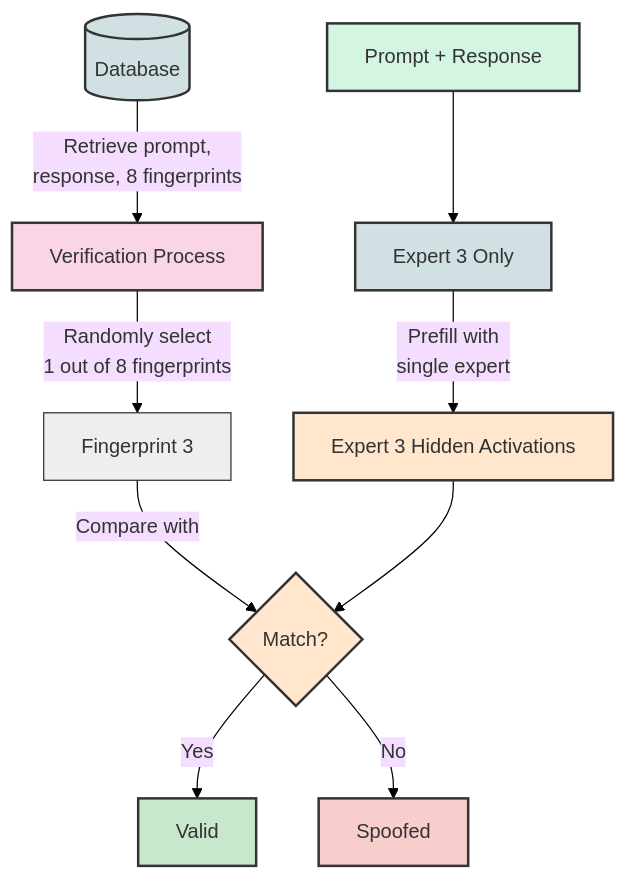
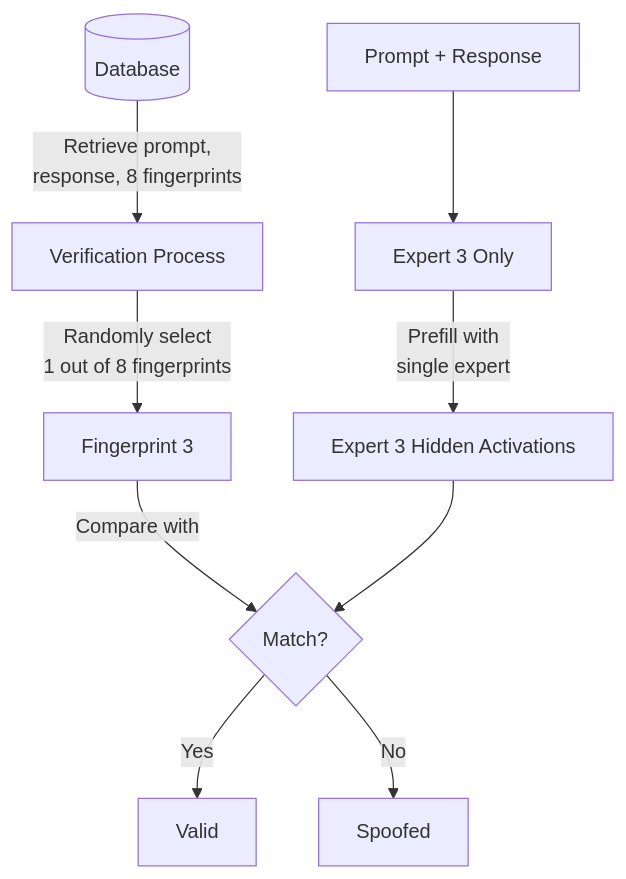
One commit to context-labs/sglang changed the fifth of 5 diagrams in VERIFICATION_README.md. Above: the diagram before and after it, drawn with Mermaid. The commit also changed other lines of this file, not shown here.

Commit message:
fixed the mermaid diagram colors

````diff
--- a/VERIFICATION_README.md
+++ b/VERIFICATION_README.md
@@ -267,24 +227,13 @@
 ```mermaid
-%%{init: {'theme': 'base', 'themeVariables': { 'background': '#ffffff' }}}%%
 graph TD
     DB[(Database)] -->|"Retrieve prompt,<br>response, 8 fingerprints"| V[Verification Process]
     V -->|"Randomly select<br>1 out of 8 fingerprints"| F3[Fingerprint 3]
 
     P[Prompt + Response] --> E3[Expert 3 Only]
     E3 -->|"Prefill with<br>single expert"| H[Expert 3 Hidden Activations]
 
     F3 -->|Compare with| C{Match?}
     H --> C
     C -->|Yes| Valid[Valid]
     C -->|No| Invalid[Spoofed]
-
-    style DB fill:#d0e0e3,stroke:#333,stroke-width:2px
-    style V fill:#f9d5e5,stroke:#333,stroke-width:2px
-    style F3 fill:#eeeeee,stroke:#333,stroke-width:1px
-    style P fill:#d5f5e3,stroke:#333,stroke-width:2px
-    style E3 fill:#d0e0e3,stroke:#333,stroke-width:2px
-    style H fill:#ffe6cc,stroke:#333,stroke-width:2px
-    style C fill:#ffe6cc,stroke:#333,stroke-width:2px
-    style Valid fill:#c7e8ca,stroke:#333,stroke-width:2px
-    style Invalid fill:#f8cecc,stroke:#333,stroke-width:2px
 ```
````
